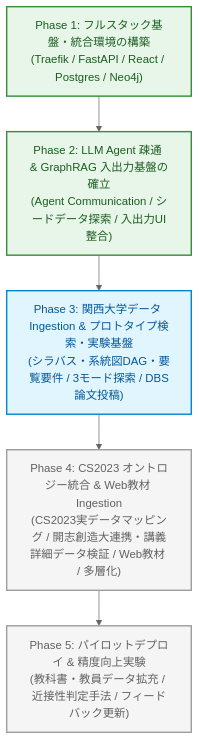
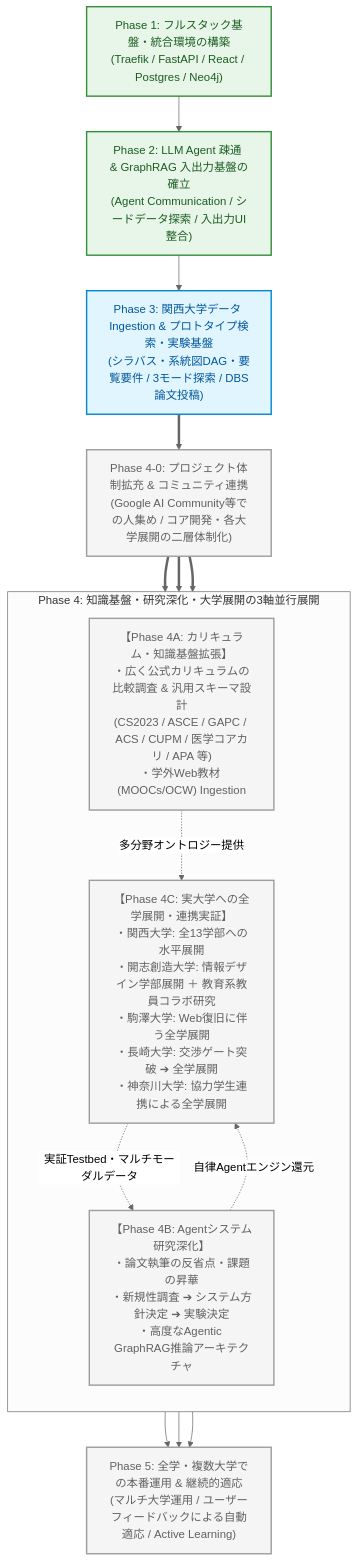
One commit to cyanosome/course-navigator changed the diagram in docs/roadmap.md. Above: the diagram before and after it, drawn with Mermaid (neutral theme). The commit also changed other lines of this file and 1 other file, not shown here.

Commit message:
docs: roadmapにphase4以降を記載

````diff
--- a/docs/roadmap.md
+++ b/docs/roadmap.md
@@ -26,20 +26,39 @@
 ```mermaid
 flowchart TD
     P1["Phase 1: フルスタック基盤・統合環境の構築<br/>(Traefik / FastAPI / React / Postgres / Neo4j)"]
     P2["Phase 2: LLM Agent 疎通 & GraphRAG 入出力基盤の確立<br/>(Agent Communication / シードデータ探索 / 入出力UI整合)"]
     P3["Phase 3: 関西大学データ Ingestion & プロトタイプ検索・実験基盤<br/>(シラバス・系統図DAG・要覧要件 / 3モード探索 / DBS論文投稿)"]
-    P4["Phase 4: CS2023 オントロジー統合 & Web教材 Ingestion<br/>(CS2023実データマッピング / 開志創造大連携・講義詳細データ検証 / Web教材 / 多層化)"]
-    P5["Phase 5: パイロットデプロイ & 精度向上実験<br/>(教科書・教員データ拡充 / 近接性判定手法 / フィードバック更新)"]
+
+    P4_0["Phase 4-0: プロジェクト体制拡充 & コミュニティ連携<br/>(Google AI Community等での人集め / コア開発・各大学展開の二層体制化)"]
+
+    subgraph Phase4Parallel ["Phase 4: 知識基盤・研究深化・大学展開の3軸並行展開"]
+        direction TB
+        P4A["【Phase 4A: カリキュラム・知識基盤拡張】<br/>・広く公式カリキュラムの比較調査 & 汎用スキーマ設計<br/>(CS2023 / ASCE / GAPC / ACS / CUPM / 医学コアカリ / APA 等)<br/>・学外Web教材 (MOOCs/OCW) Ingestion"]
+        P4B["【Phase 4B: Agentシステム研究深化】<br/>・論文執筆の反省点・課題の昇華<br/>・新規性調査 ➔ システム方針決定 ➔ 実験決定<br/>・高度なAgentic GraphRAG推論アーキテクチャ"]
+        P4C["【Phase 4C: 実大学への全学展開・連携実証】<br/>・関西大学: 全13学部への水平展開<br/>・開志創造大学: 情報デザイン学部展開 ＋ 教育系教員コラボ研究<br/>・駒澤大学: Web復旧に伴う全学展開<br/>・長崎大学: 交渉ゲート突破 ➔ 全学展開<br/>・神奈川大学: 協力学生連携による全学展開"]
+    end
+
+    P5["Phase 5: 全学・複数大学での本番運用 & 継続的適応<br/>(マルチ大学運用 / ユーザーフィードバックによる自動適応 / Active Learning)"]
 
     P1 --> P2
     P2 --> P3
-    P3 --> P4
-    P4 --> P5
+    P3 ==> P4_0
+    P4_0 ==> P4A
+    P4_0 ==> P4B
+    P4_0 ==> P4C
+
+    P4A -. "多分野オントロジー提供" .-> P4C
+    P4C -. "実証Testbed・マルチモーダルデータ" .-> P4B
+    P4B -. "自律Agentエンジン還元" .-> P4C
+
+    P4A --> P5
+    P4B --> P5
+    P4C --> P5
 
     classDef done fill:#e8f5e9,stroke:#388e3c,stroke-width:2px,color:#1b5e20;
     classDef current fill:#e1f5fe,stroke:#0288d1,stroke-width:2px,color:#01579b;
     classDef future fill:#f5f5f5,stroke:#9e9e9e,stroke-width:2px,color:#616161;
     class P1,P2 done;
     class P3 current;
-    class P4,P5 future;
+    class P4_0,P4A,P4B,P4C,P5 future;
 ```
````
